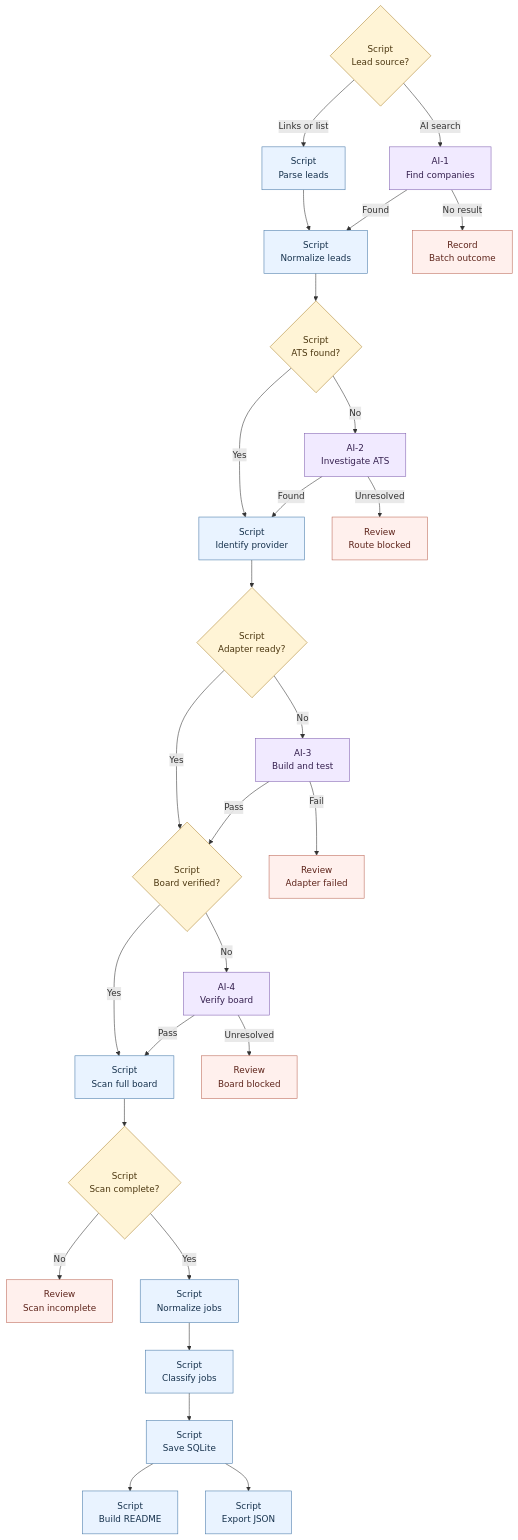
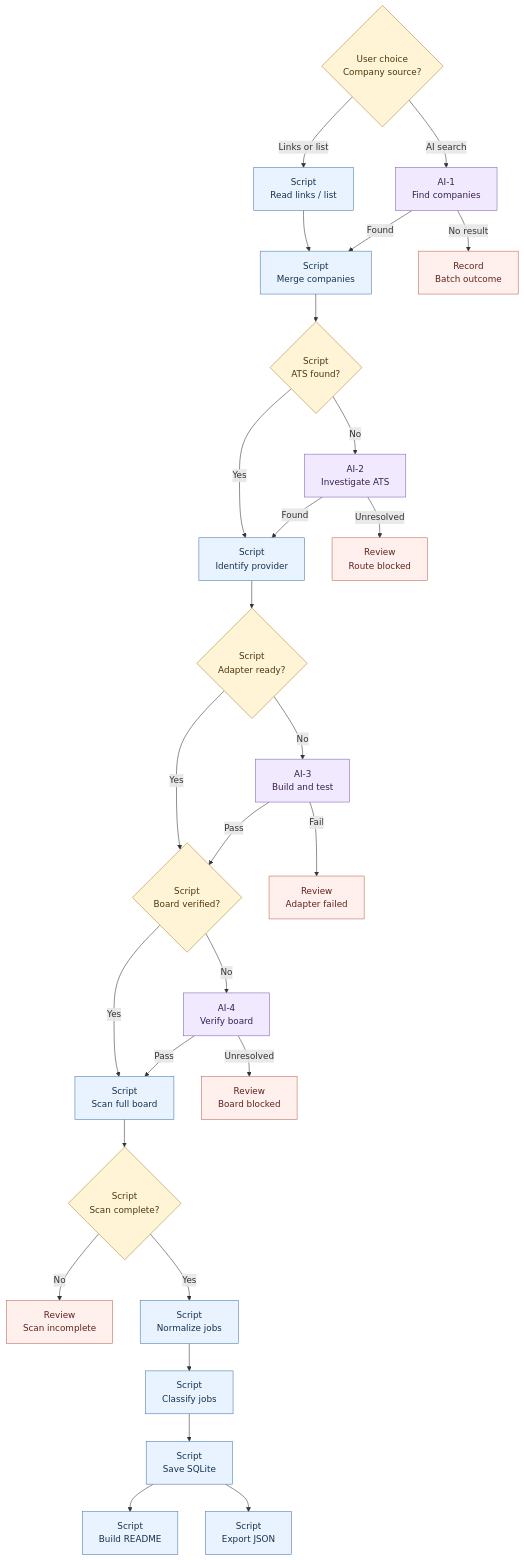
The diagram in code/PLAN.md (sophiesun7119/search-job), drawn with Mermaid before and after one commit. The commit also changed other lines of this file, not shown here.

Commit message:
Clarify company lead inputs in Search Job plan
Name the user-selected company source, explain unverified leads, and replace parsing jargon in the flowchart with plain labels.

````diff
--- a/code/PLAN.md
+++ b/code/PLAN.md
@@ -7,43 +7,43 @@
 ```mermaid
 flowchart TD
-    A{"Script<br/>Lead source?"}
+    A{"User choice<br/>Company source?"}
     A -->|AI search| A1["AI-1<br/>Find companies"]
-    A -->|Links or list| A2["Script<br/>Parse leads"]
-    A1 -->|Found| B["Script<br/>Normalize leads"]
+    A -->|Links or list| A2["Script<br/>Read links / list"]
+    A1 -->|Found| B["Script<br/>Merge companies"]
     A1 -->|No result| R0["Record<br/>Batch outcome"]
     A2 --> B
 
     B --> C{"Script<br/>ATS found?"}
     C -->|No| C1["AI-2<br/>Investigate ATS"]
     C1 -->|Found| D["Script<br/>Identify provider"]
     C1 -->|Unresolved| R1["Review<br/>Route blocked"]
     C -->|Yes| D
 
     D --> E{"Script<br/>Adapter ready?"}
     E -->|No| E1["AI-3<br/>Build and test"]
     E1 -->|Pass| F{"Script<br/>Board verified?"}
     E1 -->|Fail| R2["Review<br/>Adapter failed"]
     E -->|Yes| F
 
     F -->|No| F1["AI-4<br/>Verify board"]
     F1 -->|Pass| G["Script<br/>Scan full board"]
     F1 -->|Unresolved| R3["Review<br/>Board blocked"]
     F -->|Yes| G
 
     G --> G0{"Script<br/>Scan complete?"}
     G0 -->|No| R4["Review<br/>Scan incomplete"]
     G0 -->|Yes| H["Script<br/>Normalize jobs"]
     H --> I["Script<br/>Classify jobs"]
     I --> J["Script<br/>Save SQLite"]
     J --> K["Script<br/>Build README"]
     J --> L["Script<br/>Export JSON"]
 
     classDef script fill:#e9f3ff,stroke:#4779a8,color:#17324d
     classDef ai fill:#f1eaff,stroke:#8060b0,color:#35204f
     classDef decision fill:#fff4d6,stroke:#ad8531,color:#4c3710
     classDef review fill:#fff0ed,stroke:#bc6857,color:#5e241b
     class A,C,E,F,G0 decision
     class A2,B,D,G,H,I,J,K,L script
     class A1,C1,E1,F1 ai
     class R0,R1,R2,R3,R4 review
 ```
````
